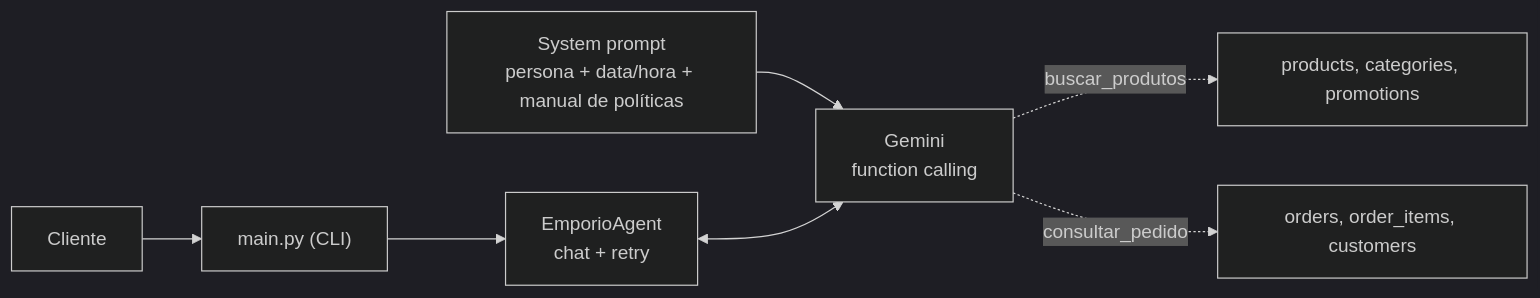
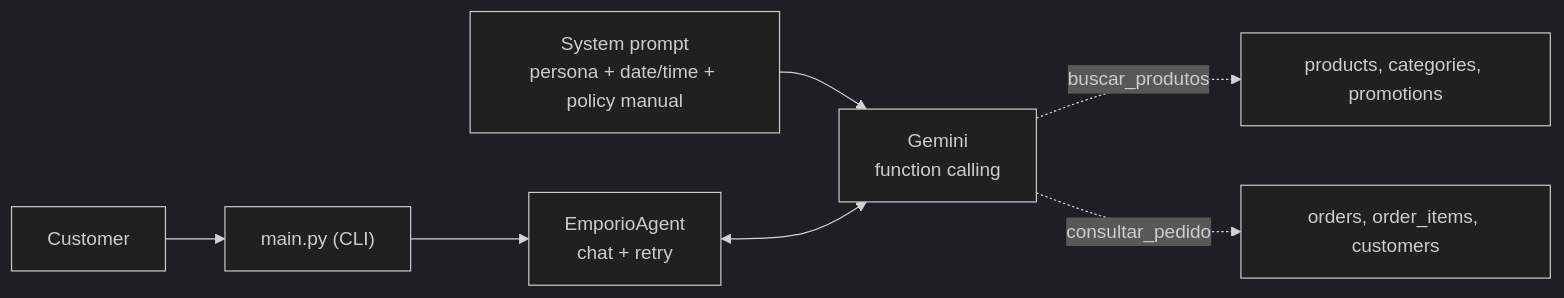
The diagram in README.md (MatheusPereiraCSDev/CaseArtefact), drawn with Mermaid (dark theme) before and after one commit. The commit also changed other lines of this file, not shown here.

````diff
--- a/README.md
+++ b/README.md
@@ -119,9 +125,9 @@
 ```mermaid
 flowchart LR
-    C["Cliente"] --> CLI["main.py (CLI)"]
+    C["Customer"] --> CLI["main.py (CLI)"]
     CLI --> A["EmporioAgent<br/>chat + retry"]
-    P["System prompt<br/>persona + data/hora + manual de políticas"] --> G
+    P["System prompt<br/>persona + date/time + policy manual"] --> G
     A <--> G["Gemini<br/>function calling"]
     G -.->|buscar_produtos| T1["products, categories, promotions"]
     G -.->|consultar_pedido| T2["orders, order_items, customers"]
 ```
````
